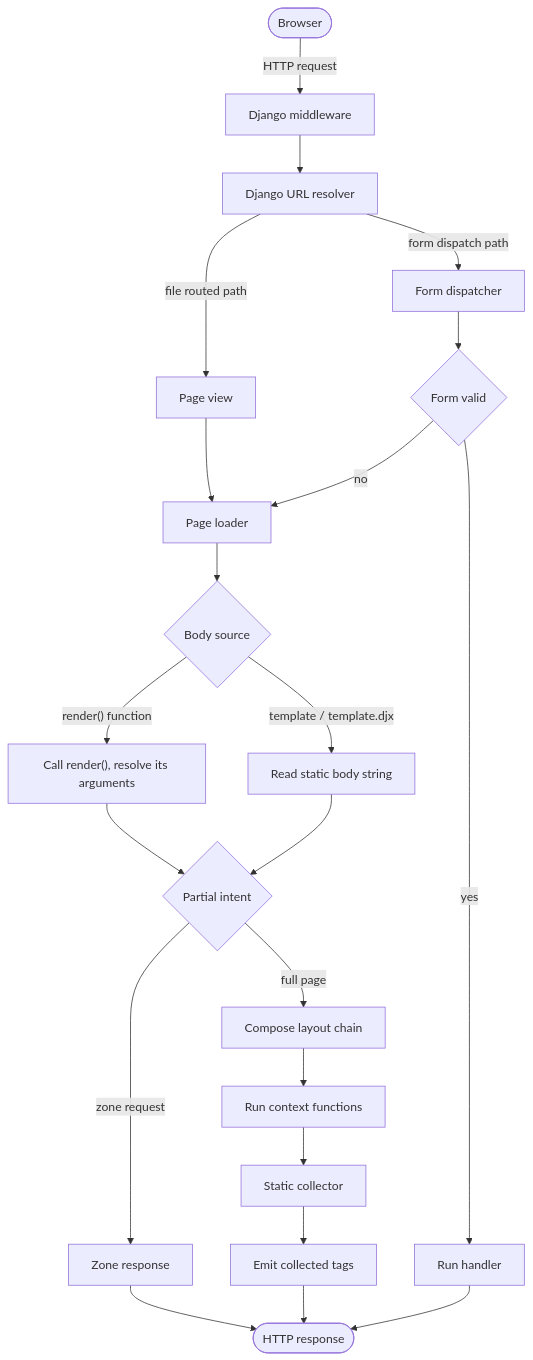
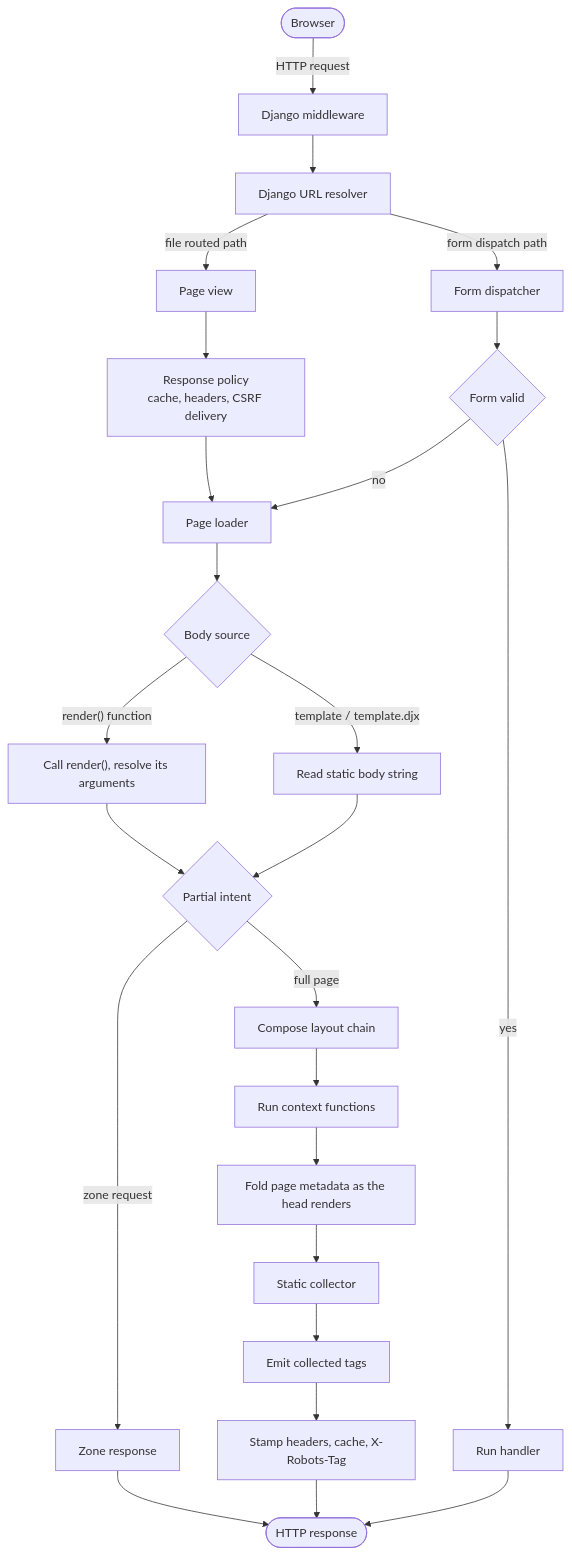
The diagram in docs/content/internals/request-lifecycle.rst (next-dj/next-dj), drawn with Mermaid before and after one commit. The commit also changed other lines of this file and 797 other files, not shown here.

First line of the commit message:
feat(seo): page metadata, sitemap and robots on the page tree (#181)

```diff
--- a/docs/content/internals/request-lifecycle.rst
+++ b/docs/content/internals/request-lifecycle.rst
@@ -22,24 +22,27 @@
 .. mermaid::
 
    flowchart TB
        Browser(["Browser"]) -- HTTP request --> Django["Django middleware"]
        Django --> Resolver["Django URL resolver"]
        Resolver -- form dispatch path --> FormDispatch["Form dispatcher"]
        Resolver -- file routed path --> PageView["Page view"]
-       PageView --> Loader["Page loader"]
+       PageView --> Policy["Response policy<br/>cache, headers, CSRF delivery"]
+       Policy --> Loader["Page loader"]
        Loader --> BodySource{"Body source"}
        BodySource -- "render() function" --> RenderFn["Call render(), resolve its arguments"]
        BodySource -- "template / template.djx" --> StaticBody["Read static body string"]
        RenderFn --> ZoneIntent{"Partial intent"}
        StaticBody --> ZoneIntent
        ZoneIntent -- "zone request" --> ZoneResp["Zone response"]
        ZoneResp --> Response
        ZoneIntent -- "full page" --> LayoutChain["Compose layout chain"]
        LayoutChain --> ContextCtx["Run context functions"]
-       ContextCtx --> CollectAssets["Static collector"]
+       ContextCtx --> Metadata["Fold page metadata as the head renders"]
+       Metadata --> CollectAssets["Static collector"]
        CollectAssets --> InjectTags["Emit collected tags"]
-       InjectTags --> Response(["HTTP response"])
+       InjectTags --> Stamp["Stamp headers, cache, X-Robots-Tag"]
+       Stamp --> Response(["HTTP response"])
        FormDispatch --> Validation{"Form valid"}
        Validation -- yes --> Handler["Run handler"]
        Handler --> Response
        Validation -- no --> Loader
```
